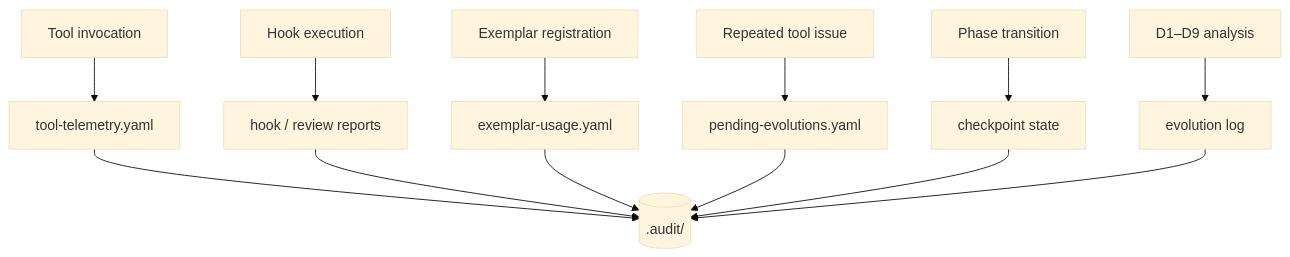
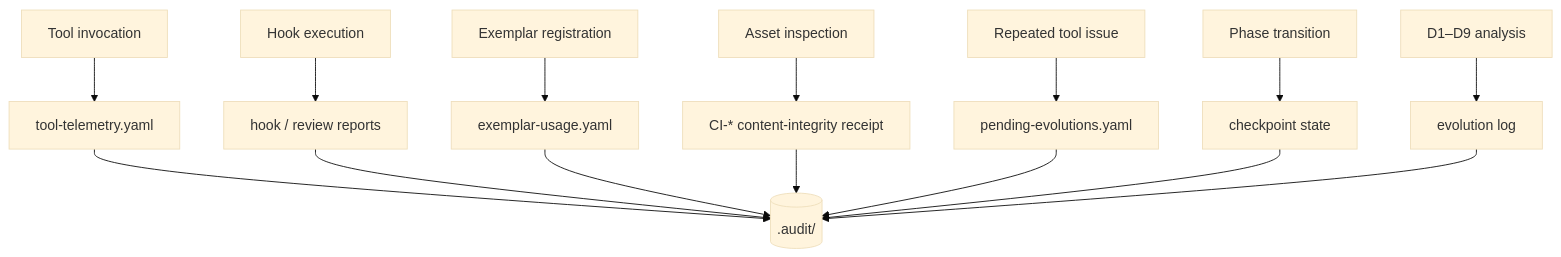
Before and after one commit to u9401066/med-paper-assistant: the fourth of 4 diagrams in docs/wiki/quality-and-audit.md, drawn with Mermaid (base theme). The commit also changed other lines of this file and 36 other files, not shown here.

````diff
--- a/docs/wiki/quality-and-audit.md
+++ b/docs/wiki/quality-and-audit.md
@@ -69,10 +75,11 @@
 ```mermaid
 flowchart TD
     Invocation[Tool invocation] --> Telemetry[tool-telemetry.yaml]
     Hook[Hook execution] --> Reports[hook / review reports]
     Exemplar[Exemplar registration] --> ExAudit[exemplar-usage.yaml]
+    Asset[Asset inspection] --> Integrity[CI-* content-integrity receipt]
     Health[Repeated tool issue] --> Pending[pending-evolutions.yaml]
     Phase[Phase transition] --> Checkpoint[checkpoint state]
     Meta[D1–D9 analysis] --> Evolution[evolution log]
-    Telemetry & Reports & ExAudit & Pending & Checkpoint & Evolution --> Audit[(.audit/)]
+    Telemetry & Reports & ExAudit & Integrity & Pending & Checkpoint & Evolution --> Audit[(.audit/)]
 ```
````
